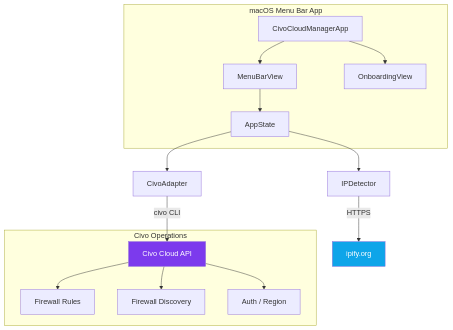
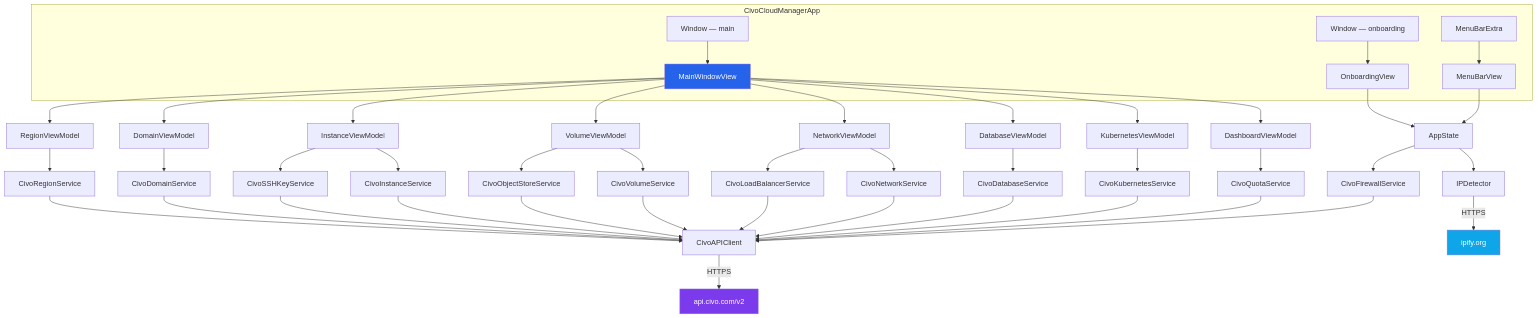
One commit to marcelrgberger/civo-cloud-manager changed the first of 7 diagrams in README.md. Above: the diagram before and after it, drawn with Mermaid. The commit also changed other lines of this file and 89 other files, not shown here.

First line of the commit message:
Full CLI GUI: native Civo HTTP API, dashboard, paywall, 7 languages, App Store ready

````diff
--- a/README.md
+++ b/README.md
@@ -65,23 +141,53 @@
 ```mermaid
 graph TB
-    subgraph macOS Menu Bar App
-        A[CivoCloudManagerApp] --> B[MenuBarView]
-        A --> C[OnboardingView]
-        B --> D[AppState]
+    subgraph "CivoCloudManagerApp"
+        A[MenuBarExtra] --> B[MenuBarView]
+        C["Window — onboarding"] --> D[OnboardingView]
+        E["Window — main"] --> F[MainWindowView]
     end
 
-    D --> E[CivoAdapter]
-    D --> F[IPDetector]
+    B --> G[AppState]
+    D --> G
+    F --> H[DashboardViewModel]
+    F --> I[KubernetesViewModel]
+    F --> J[DatabaseViewModel]
+    F --> K[NetworkViewModel]
+    F --> L[VolumeViewModel]
+    F --> M[InstanceViewModel]
+    F --> N[DomainViewModel]
+    F --> O[RegionViewModel]
 
-    E -->|civo CLI| G[Civo Cloud API]
-    F -->|HTTPS| H[ipify.org]
+    G --> P[CivoFirewallService]
+    G --> Q[IPDetector]
+    H --> R[CivoQuotaService]
+    I --> S[CivoKubernetesService]
+    J --> T[CivoDatabaseService]
+    K --> U[CivoNetworkService]
+    K --> V[CivoLoadBalancerService]
+    L --> W[CivoVolumeService]
+    L --> X[CivoObjectStoreService]
+    M --> Y[CivoInstanceService]
+    M --> Z[CivoSSHKeyService]
+    N --> AA[CivoDomainService]
+    O --> AB[CivoRegionService]
 
-    subgraph Civo Operations
-        G --> I[Firewall Rules]
-        G --> J[Firewall Discovery]
-        G --> K[Auth / Region]
-    end
+    P --> AC[CivoAPIClient]
+    R --> AC
+    S --> AC
+    T --> AC
+    U --> AC
+    V --> AC
+    W --> AC
+    X --> AC
+    Y --> AC
+    Z --> AC
+    AA --> AC
+    AB --> AC
 
-    style G fill:#7C3AED,color:#fff
-    style H fill:#0EA5E9,color:#fff
+    AC -->|HTTPS| AD["api.civo.com/v2"]
+    Q -->|HTTPS| AE["ipify.org"]
+
+    style AD fill:#7C3AED,color:#fff
+    style AE fill:#0EA5E9,color:#fff
+    style F fill:#2563EB,color:#fff
 ```
````
